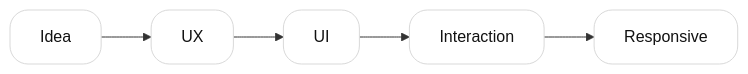
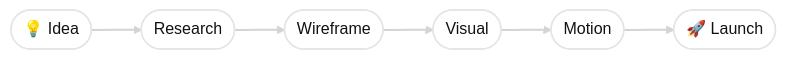
The diagram in README.md (leedonghwa0427/leedonghwa0427), drawn with Mermaid before and after one commit. The commit also changed other lines of this file, not shown here.

````diff
--- a/README.md
+++ b/README.md
@@ -43,12 +73,15 @@
 ```mermaid
 flowchart LR
 
-A[Idea] --> B[UX]
-B --> C[UI]
-C --> D[Interaction]
-D --> E[Responsive]
+A([💡 Idea]) --> B([Research])
+B --> C([Wireframe])
+C --> D([Visual])
+D --> E([Motion])
+E --> F([🚀 Launch])
 
-classDef light fill:#FFFFFF,color:#111111,stroke:#D9D9D9,rx:18,ry:18;
+classDef card fill:#FFFFFF,color:#111111,stroke:#E5E5E5,stroke-width:1.5px,rx:20,ry:20;
 
-class A,B,C,D,E light;
+class A,B,C,D,E,F card;
+
+linkStyle default stroke:#D4D4D8,stroke-width:2px;
 ```
````
